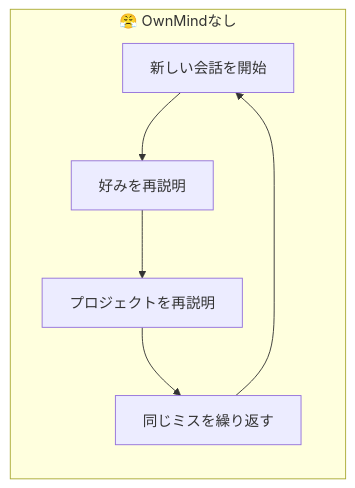
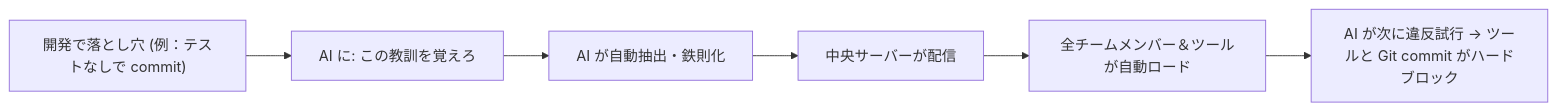
One commit to miou1107/ownmind changed the diagram in docs/README.ja.md. Above: the diagram before and after it, drawn with Mermaid. The commit also changed other lines of this file and 2 other files, not shown here.

````diff
--- a/docs/README.ja.md
+++ b/docs/README.ja.md
@@ -26,9 +72,8 @@
 ```mermaid
 graph LR
-    subgraph "😤 OwnMindなし"
-        A["新しい会話を開始"] --> B["好みを再説明"]
-        B --> C["プロジェクトを再説明"]
-        C --> D["同じミスを繰り返す"]
-        D --> A
-    end
+    A["開発で落とし穴 (例：テストなしで commit)"] --> B["AI に: この教訓を覚えろ"]
+    B --> C["AI が自動抽出・鉄則化"]
+    C --> D["中央サーバーが配信"]
+    D --> E["全チームメンバー＆ツールが自動ロード"]
+    E --> F["AI が次に違反試行 → ツールと Git commit がハードブロック"]
 ```
````
